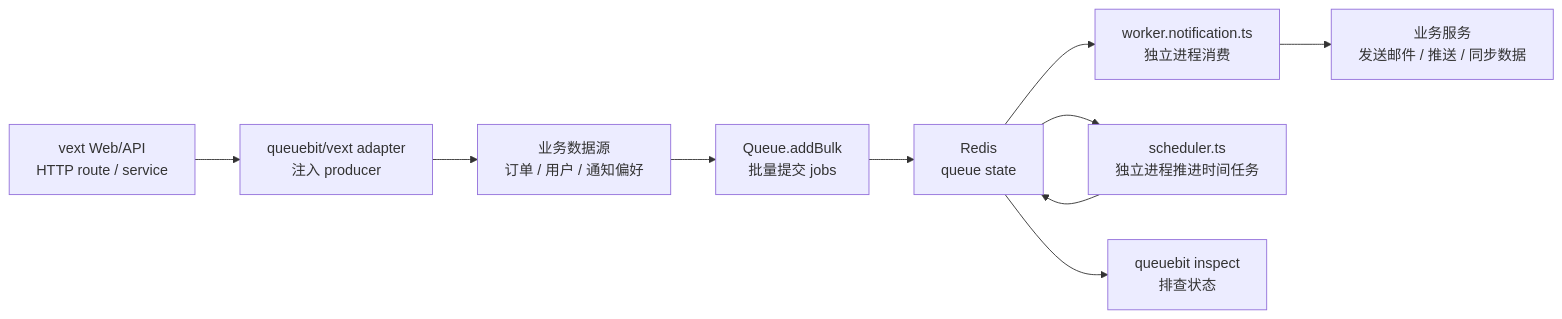
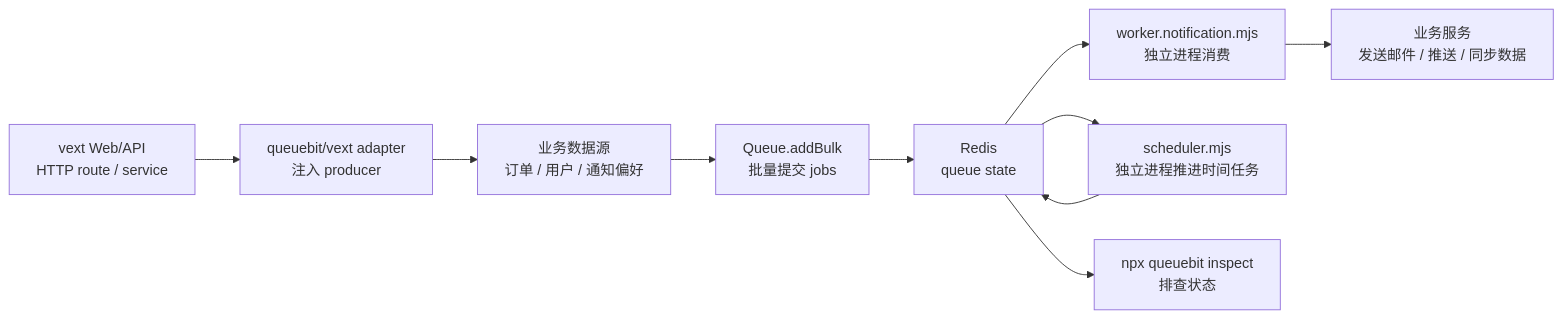
Before and after one commit to vextjs/queuebit: the diagram in docs/zh/vext-integration.md, drawn with Mermaid. The commit also changed other lines of this file and 169 other files, not shown here.

````diff
--- a/docs/zh/vext-integration.md
+++ b/docs/zh/vext-integration.md
@@ -15,12 +19,12 @@
 ```mermaid
 flowchart LR
   VextApp["vext Web/API<br/>HTTP route / service"] --> Adapter["queuebit/vext adapter<br/>注入 producer"]
   Adapter --> Source["业务数据源<br/>订单 / 用户 / 通知偏好"]
   Source --> Queue["Queue.addBulk<br/>批量提交 jobs"]
   Queue --> Redis["Redis<br/>queue state"]
-  Redis --> Worker["worker.notification.ts<br/>独立进程消费"]
-  Redis --> Scheduler["scheduler.ts<br/>独立进程推进时间任务"]
+  Redis --> Worker["worker.notification.mjs<br/>独立进程消费"]
+  Redis --> Scheduler["scheduler.mjs<br/>独立进程推进时间任务"]
   Worker --> Business["业务服务<br/>发送邮件 / 推送 / 同步数据"]
   Scheduler --> Redis
-  Redis --> Inspect["queuebit inspect<br/>排查状态"]
+  Redis --> Inspect["npx queuebit inspect<br/>排查状态"]
 ```
````
